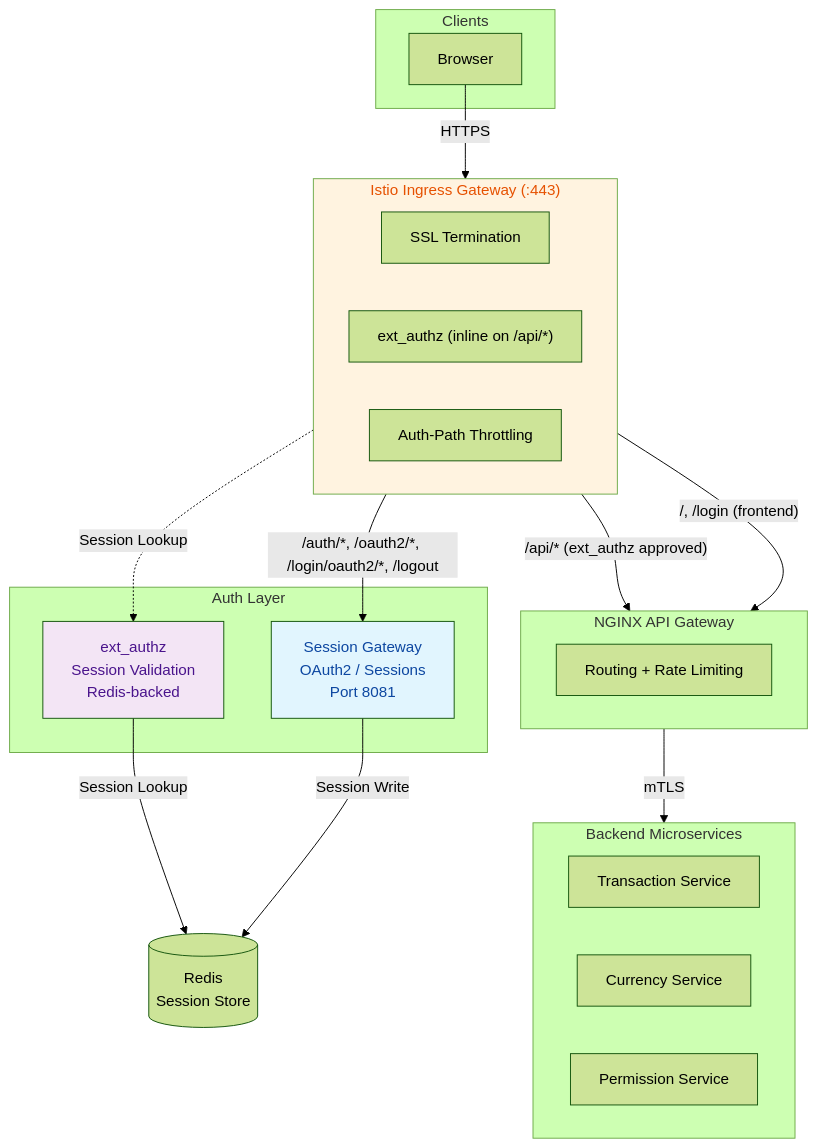
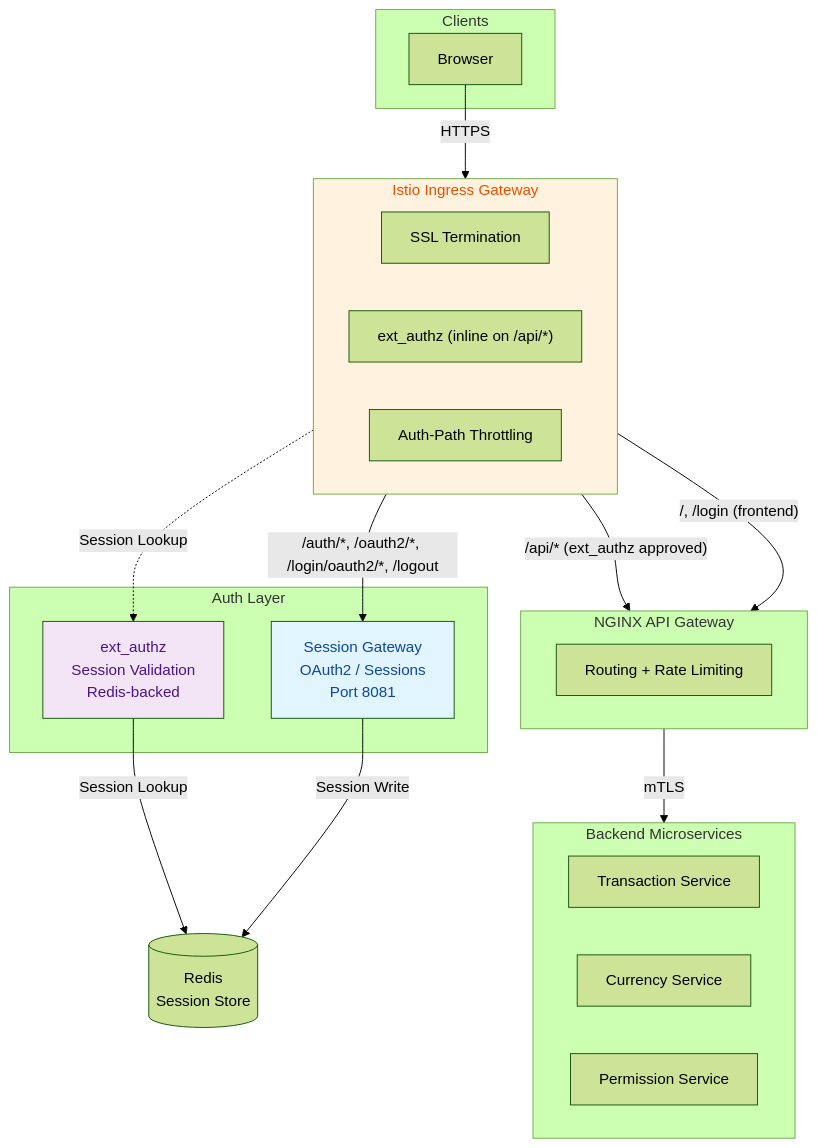
The diagram in profile/README.md (budgetanalyzer/.github), drawn with Mermaid (forest theme) before and after one commit.

Commit message:
Fix Ingress subgraph label formatting in README

````diff
--- a/profile/README.md
+++ b/profile/README.md
@@ -34,44 +34,44 @@
 ```mermaid
 flowchart TB
     subgraph Clients
         Browser[Browser]
     end
 
-    subgraph Ingress["Istio Ingress Gateway (:443)"]
+    subgraph Ingress["Istio Ingress Gateway"]
         direction LR
         SSL[SSL Termination]
         EXT["ext_authz (inline on /api/*)"]
         THROTTLE[Auth-Path Throttling]
     end
 
     subgraph Auth["Auth Layer"]
         SG[Session Gateway<br/>OAuth2 / Sessions<br/>Port 8081]
         EA[ext_authz<br/>Session Validation<br/>Redis-backed]
     end
 
     subgraph Routing["NGINX API Gateway"]
         direction LR
         ROUTE[Routing + Rate Limiting]
     end
 
     subgraph Services["Backend Microservices"]
         TS[Transaction Service]
         CS[Currency Service]
         PS[Permission Service]
     end
 
     Redis[(Redis<br/>Session Store)]
 
     Browser -->|HTTPS| Ingress
     Ingress -->|"/auth/*, /oauth2/*, /login/oauth2/*, /logout"| SG
     Ingress -->|"/api/* (ext_authz approved)"| Routing
     Ingress -->|"/, /login (frontend)"| Routing
     EXT -.->|Session Lookup| EA
     EA -->|Session Lookup| Redis
     SG -->|Session Write| Redis
     Routing -->|mTLS| Services
 
     style SG fill:#e1f5fe,color:#0d47a1
     style EA fill:#f3e5f5,color:#4a148c
     style Ingress fill:#fff3e0,color:#e65100
 ```
````
